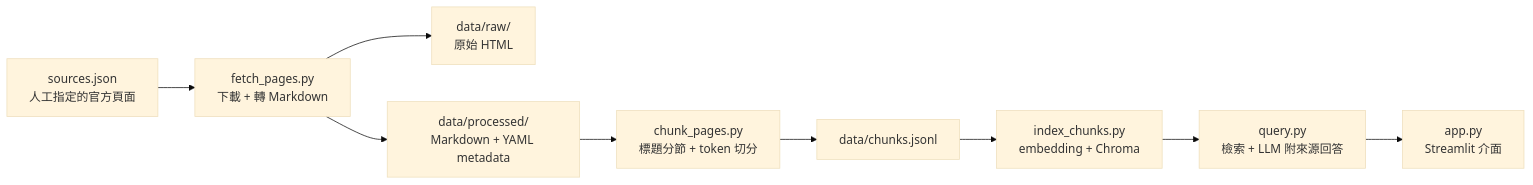
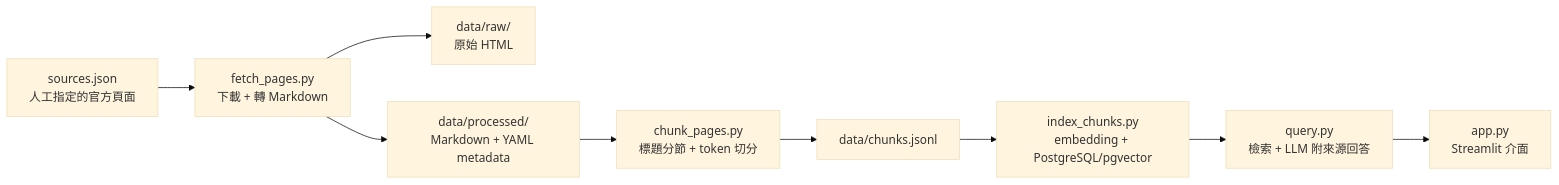
The diagram in README.md (Star-Meow/Minecraft_RAG), drawn with Mermaid (base theme) before and after one commit. The commit also changed other lines of this file and 2 other files, not shown here.

Commit message:
docs: align embedding input contract and plan PostgreSQL/pgvector integration

````diff
--- a/README.md
+++ b/README.md
@@ -19,11 +19,11 @@
 ```mermaid
 flowchart LR
     A["sources.json<br>人工指定的官方頁面"] --> B["fetch_pages.py<br>下載 + 轉 Markdown"]
     B --> C["data/raw/<br>原始 HTML"]
     B --> D["data/processed/<br>Markdown + YAML metadata"]
     D --> E["chunk_pages.py<br>標題分節 + token 切分"]
     E --> F["data/chunks.jsonl"]
-    F --> G["index_chunks.py<br>embedding + Chroma"]
+    F --> G["index_chunks.py<br>embedding + PostgreSQL/pgvector"]
     G --> H["query.py<br>檢索 + LLM 附來源回答"]
     H --> I["app.py<br>Streamlit 介面"]
 ```
````
